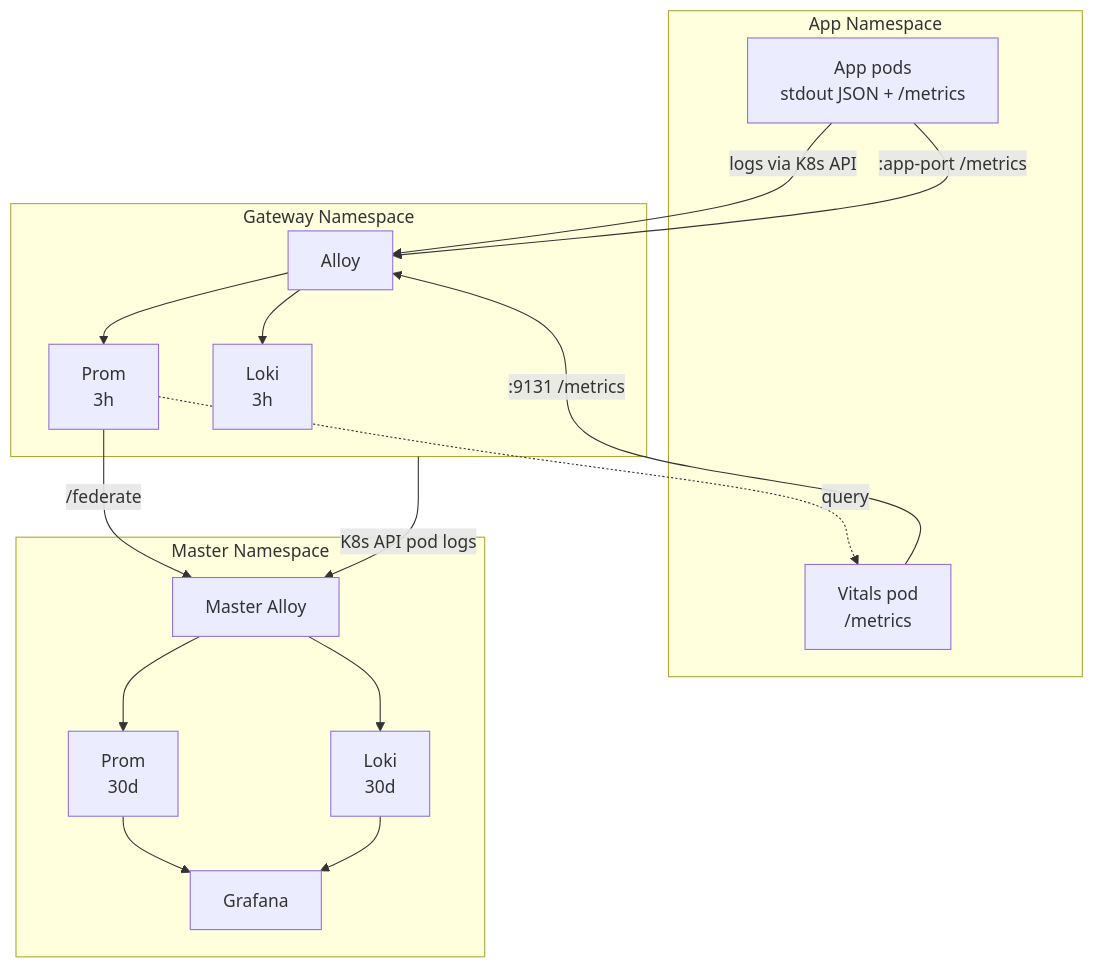
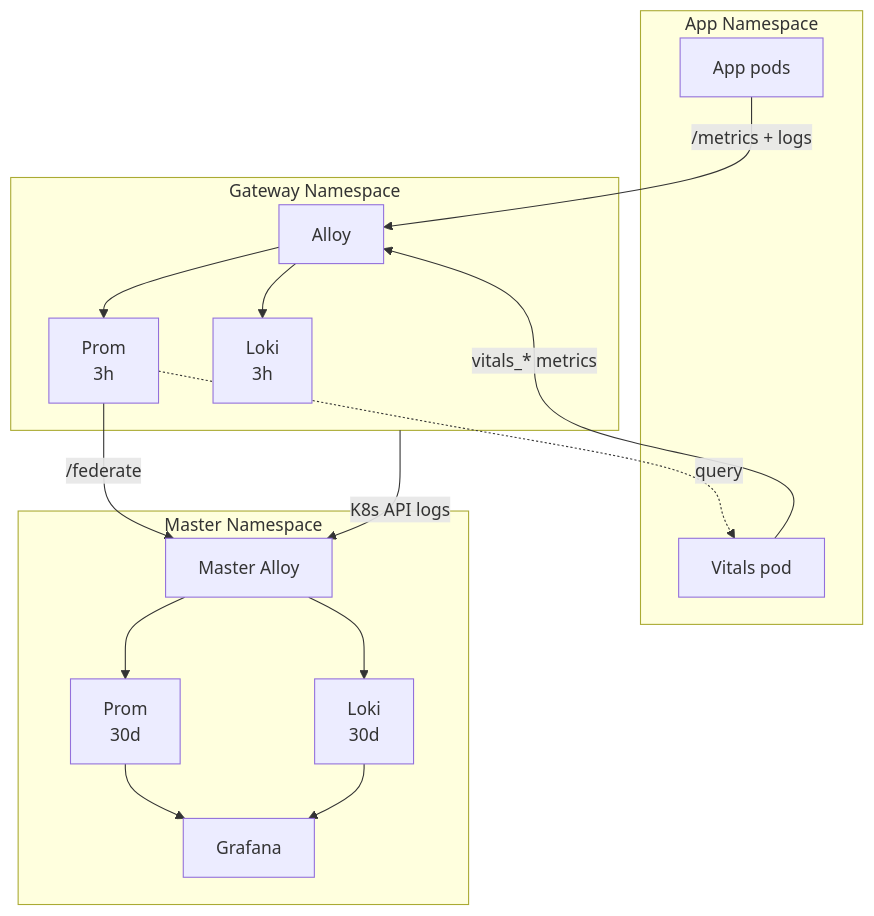
Before and after one commit to Kord96/kordinate: the second of 2 diagrams in docs/reference/patterns/observability-contract.md, drawn with Mermaid. The commit also changed other lines of this file, not shown here.

First line of the commit message:
docs: clean up observability contract mermaid diagrams [scribe]

````diff
--- a/docs/reference/patterns/observability-contract.md
+++ b/docs/reference/patterns/observability-contract.md
@@ -142,24 +143,23 @@
 ```mermaid
 flowchart TB
     subgraph ns[App Namespace]
-        A[App pods<br/>stdout JSON + /metrics]
-        V[Vitals pod<br/>/metrics]
+        A[App pods]
+        V[Vitals pod]
     end
 
     subgraph gw[Gateway Namespace]
         AL[Alloy] --> P[Prom<br/>3h] & L[Loki<br/>3h]
     end
 
-    A -->|logs via K8s API| AL
-    A -->|:app-port /metrics| AL
-    V -->|:9131 /metrics| AL
+    A -->|/metrics + logs| AL
+    V -->|vitals_* metrics| AL
     P -.->|query| V
 
     subgraph master[Master Namespace]
         MA[Master Alloy] --> MP[Prom<br/>30d] & ML[Loki<br/>30d]
         MP & ML --> G[Grafana]
     end
 
     P -->|/federate| MA
-    gw -->|K8s API pod logs| MA
+    gw -->|K8s API logs| MA
 ```
````
